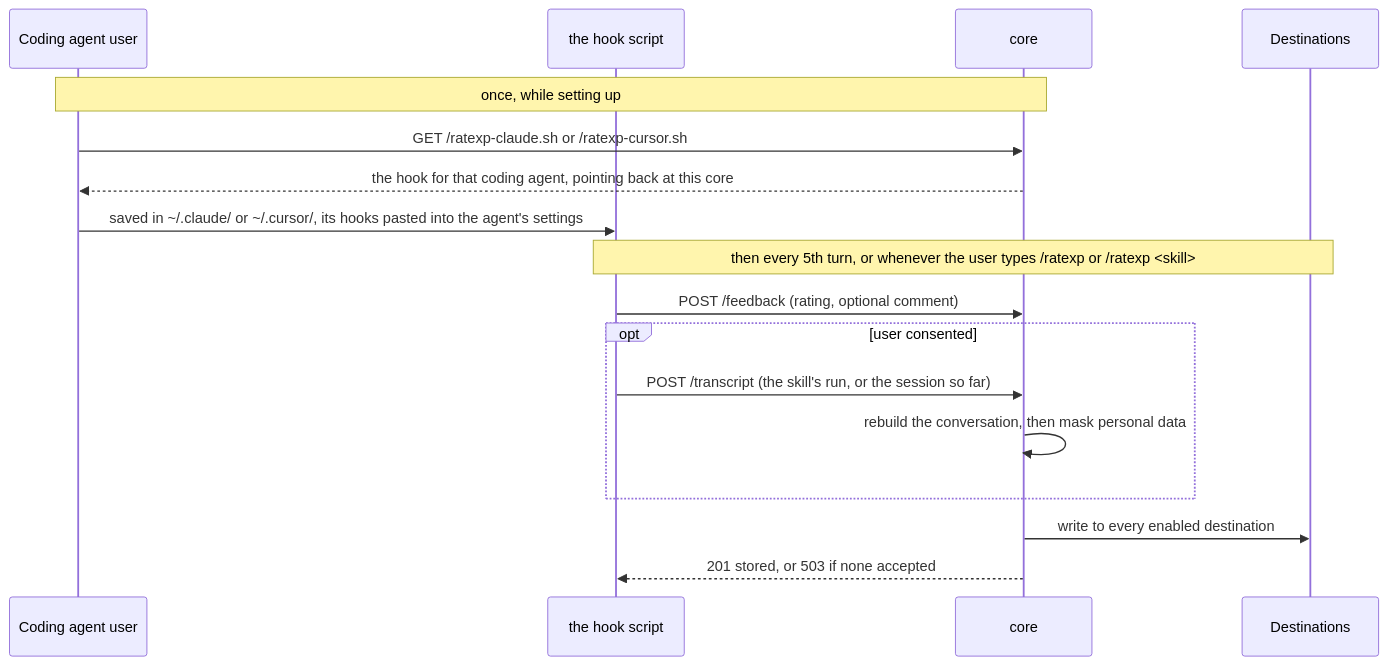
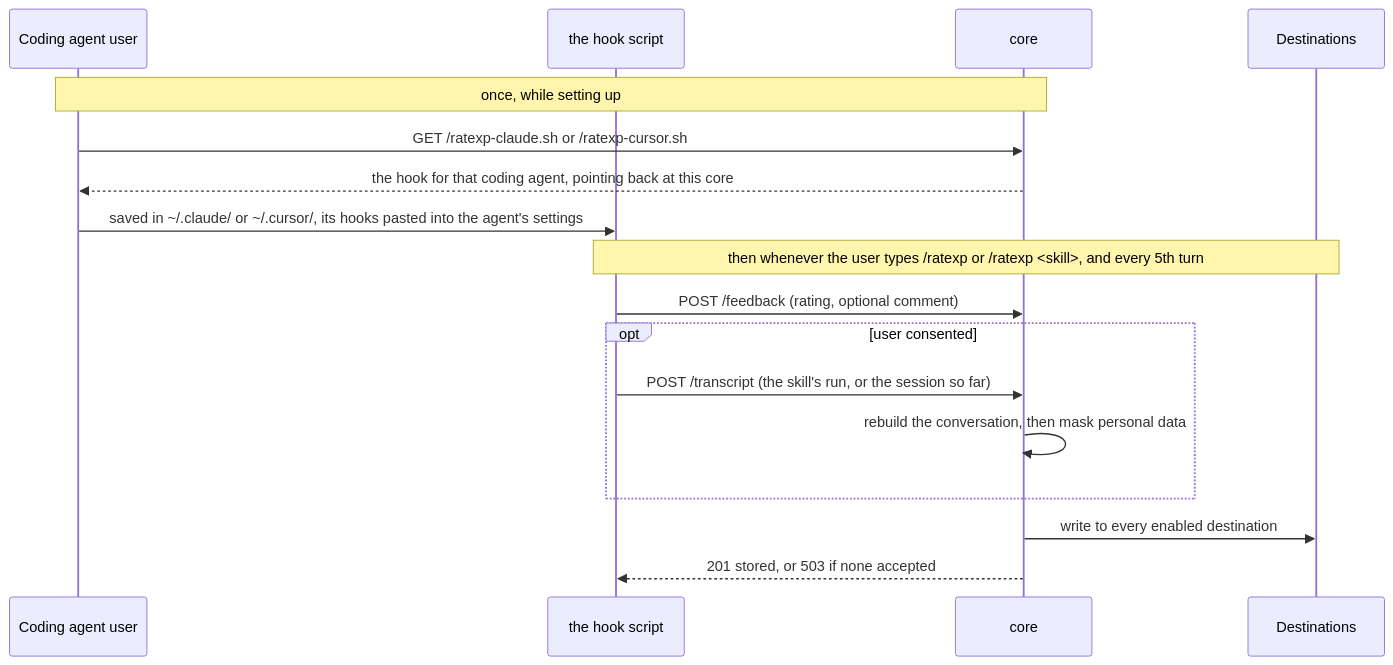
The diagram in README.md (HikmetB1/RateXp), drawn with Mermaid before and after one commit. The commit also changed other lines of this file and 1 other file, not shown here.

Commit message:
docs: put /ratexp before the every 5th turn survey, state the default of 5, and shorten the tested agents to one line

````diff
--- a/README.md
+++ b/README.md
@@ -96,21 +89,21 @@
 ```mermaid
 sequenceDiagram
     participant A as Coding agent user
     participant H as the hook script
     participant C as core
     participant D as Destinations
 
     Note over A,C: once, while setting up
     A->>C: GET /ratexp-claude.sh or /ratexp-cursor.sh
     C-->>A: the hook for that coding agent, pointing back at this core
     A->>H: saved in ~/.claude/ or ~/.cursor/, its hooks pasted into the agent's settings
 
-    Note over H,D: then every 5th turn, or whenever the user types /ratexp or /ratexp <skill>
+    Note over H,D: then whenever the user types /ratexp or /ratexp <skill>, and every 5th turn
     H->>C: POST /feedback (rating, optional comment)
     opt user consented
         H->>C: POST /transcript (the skill's run, or the session so far)
         C->>C: rebuild the conversation, then mask personal data
     end
     C->>D: write to every enabled destination
     C-->>H: 201 stored, or 503 if none accepted
 ```
````
